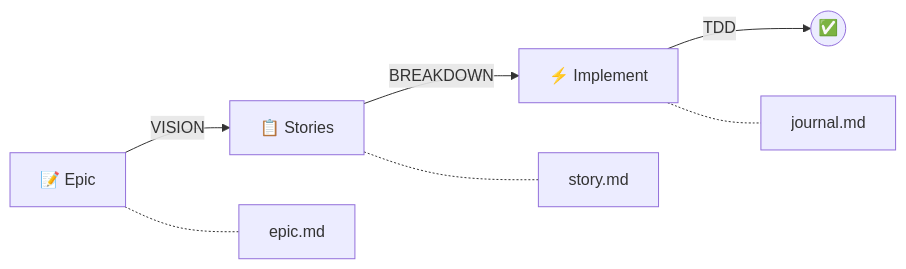
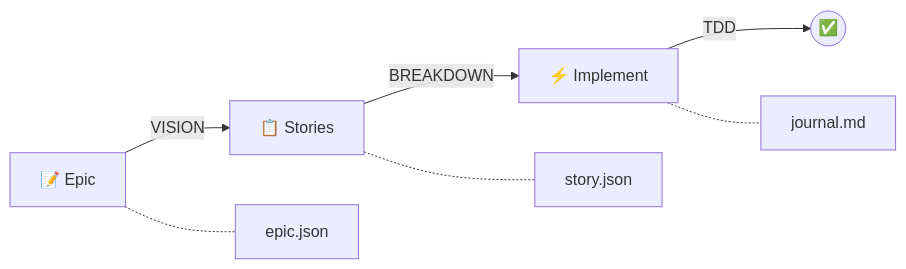
One commit to Roeia1/claude-task-system changed the diagram in README.md. Above: the diagram before and after it, drawn with Mermaid. The commit also changed other lines of this file and 8 other files, not shown here.

````diff
--- a/README.md
+++ b/README.md
@@ -14,10 +14,10 @@
 ```mermaid
 flowchart LR
     A[📝 Epic] -->|VISION| B[📋 Stories]
     B -->|BREAKDOWN| C[⚡ Implement]
     C -->|TDD| D((✅))
 
-    A -.- A1[epic.md]
-    B -.- B1[story.md]
+    A -.- A1[epic.json]
+    B -.- B1[story.json]
     C -.- C1[journal.md]
 ```
````
